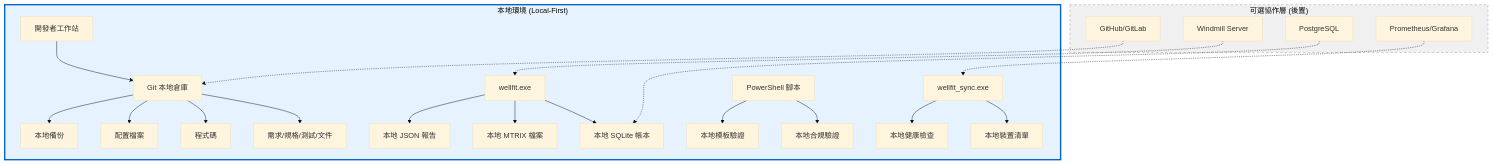
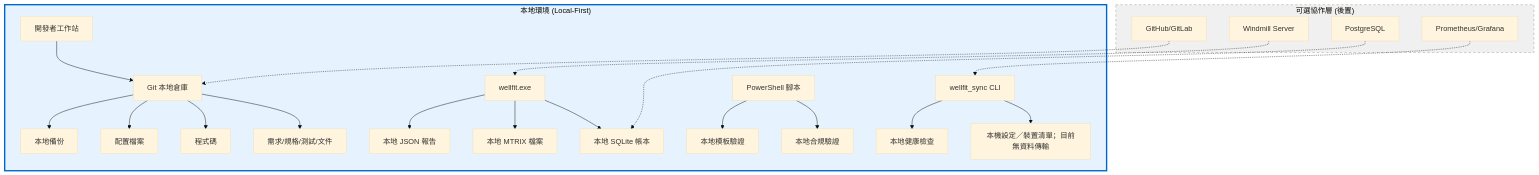
Before and after one commit to it-wellfit/wellfit: the diagram in docs/LOCAL_FIRST_PRODUCT_DELIVERY.md, drawn with Mermaid (base theme). The commit also changed other lines of this file and 91 other files, not shown here.

````diff
--- a/docs/LOCAL_FIRST_PRODUCT_DELIVERY.md
+++ b/docs/LOCAL_FIRST_PRODUCT_DELIVERY.md
@@ -27,30 +27,30 @@
 ```mermaid
 graph TD
     subgraph LOCAL ["本地環境 (Local-First)"]
         A[開發者工作站] --> B[Git 本地倉庫]
         B --> C[需求/規格/測試/文件]
         B --> D[程式碼]
         B --> E[配置檔案]
         B --> F[本地備份]
 
         G[wellfit.exe] --> H[本地 SQLite 帳本]
         G --> I[本地 MTRIX 檔案]
         G --> J[本地 JSON 報告]
 
-        K[wellfit_sync.exe] --> L[本地裝置清單]
+        K[wellfit_sync CLI] --> L[本機設定／裝置清單；目前無資料傳輸]
         K --> M[本地健康檢查]
 
         N[PowerShell 腳本] --> O[本地合規驗證]
         N --> P[本地模板驗證]
     end
 
     subgraph OPTIONAL ["可選協作層 (後置)"]
         Q[GitHub/GitLab] -.-> B
         R[Windmill Server] -.-> G
         S[PostgreSQL] -.-> H
         T[Prometheus/Grafana] -.-> K
     end
 
     style LOCAL fill:#e6f3ff,stroke:#0066cc,stroke-width:3px
     style OPTIONAL fill:#f0f0f0,stroke:#999999,stroke-dasharray: 5 5
 ```
````
